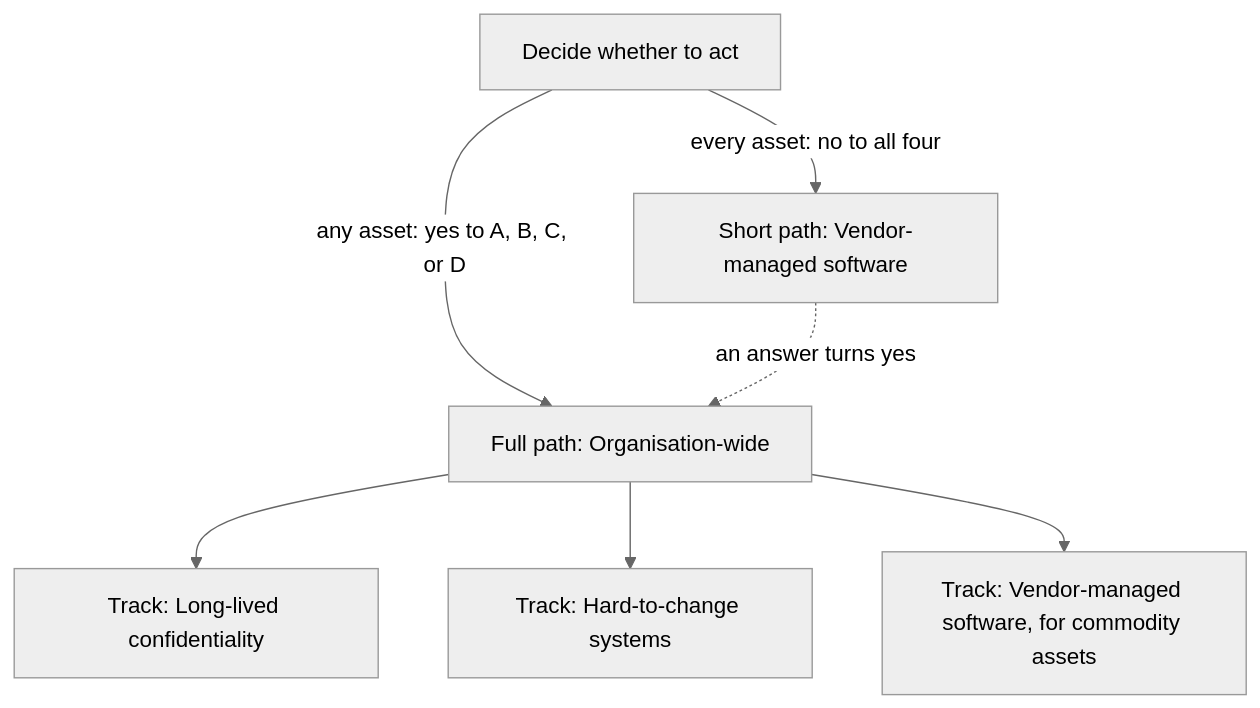
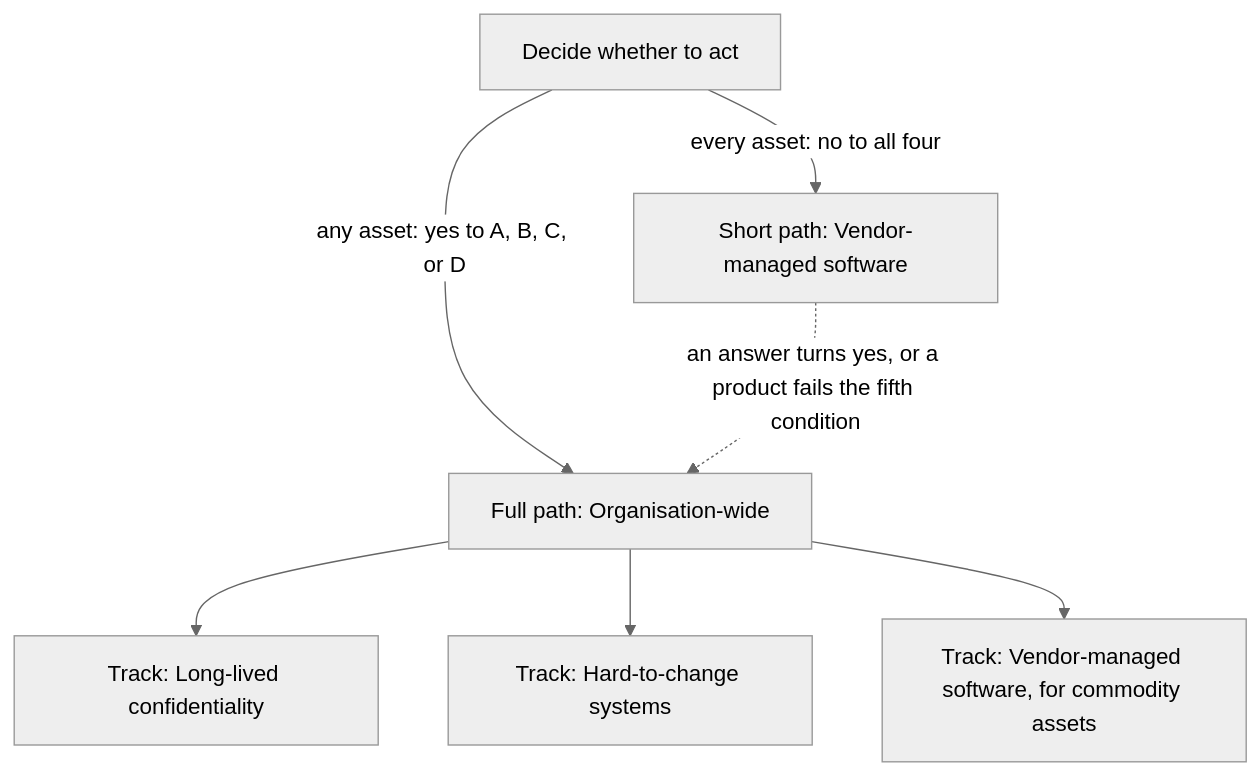
The diagram in docs/routes/index.md (pqc-community/handbook), drawn with Mermaid (neutral theme) before and after one commit. The commit also changed other lines of this file and 9 other files, not shown here.

````diff
--- a/docs/routes/index.md
+++ b/docs/routes/index.md
@@ -17,9 +17,9 @@
 ```mermaid
 flowchart TD
     D[Decide whether to act] -->|every asset: no to all four| S[Short path: Vendor-managed software]
     D -->|any asset: yes to A, B, C, or D| O[Full path: Organisation-wide]
     O --> LL[Track: Long-lived confidentiality]
     O --> HC[Track: Hard-to-change systems]
     O --> VM[Track: Vendor-managed software, for commodity assets]
-    S -.->|an answer turns yes| O
+    S -.->|an answer turns yes, or a product fails the fifth condition| O
 ```
````
